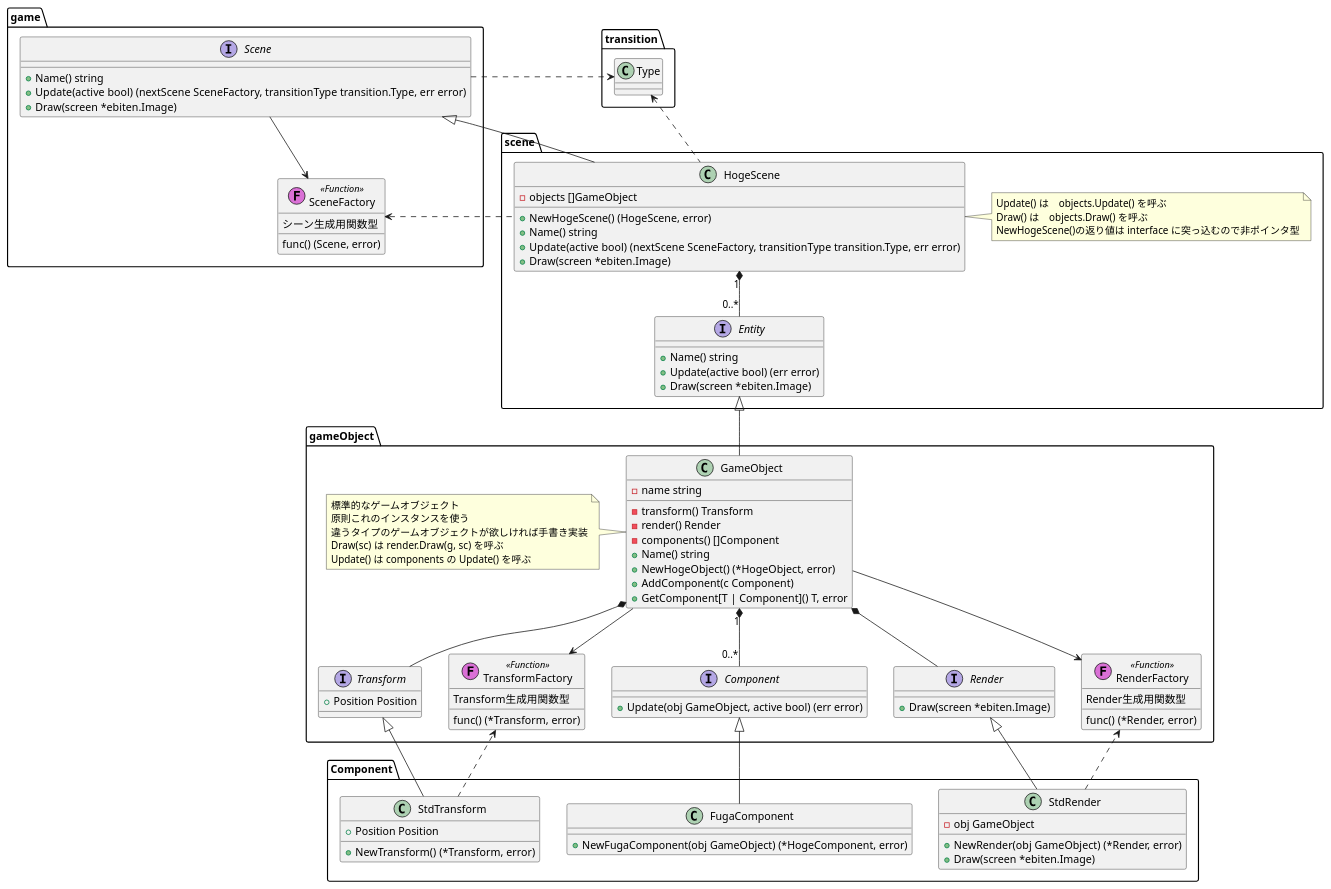
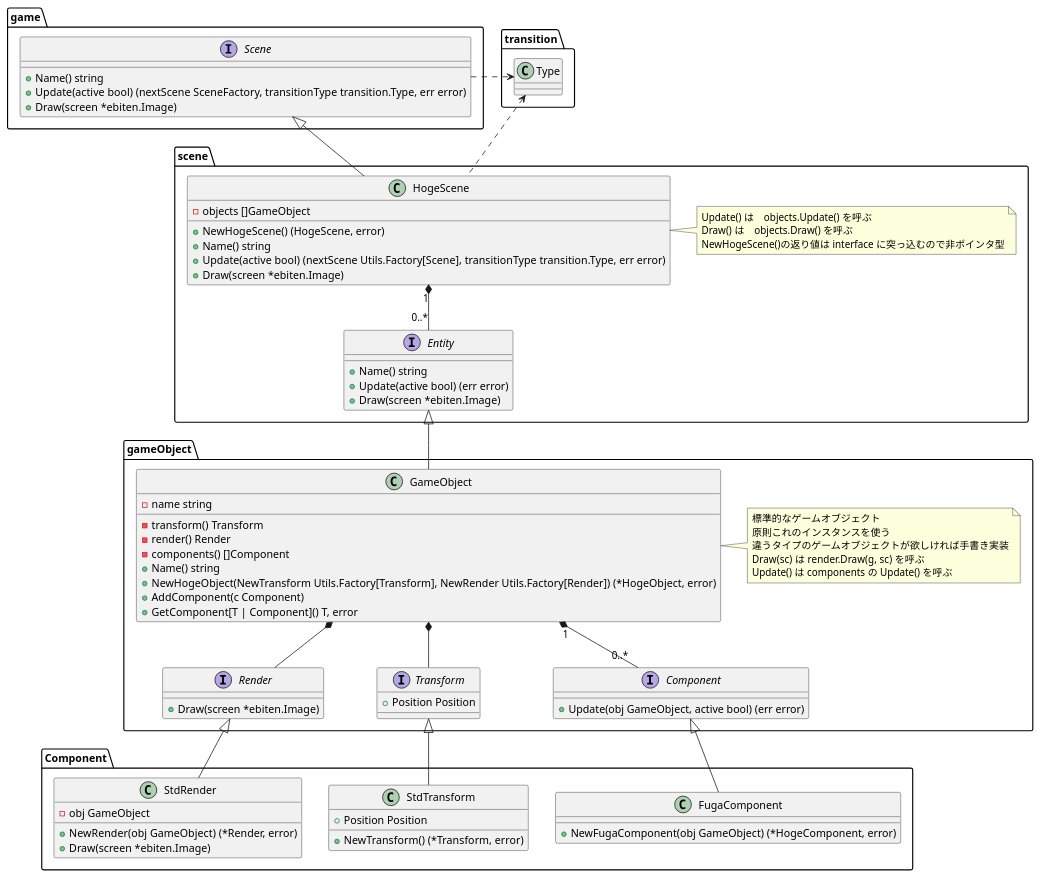
Before and after one commit to kmc-jp/Gamedev_Tempura-of-p--Phenylazo-phenol: the diagram in Docs/Scene_class_diagram.puml, drawn with PlantUML. The commit also changed 7 other files, not shown here.

First line of the commit message:
複数発生した Factory 系関数型を Utils にまとめた

```diff
--- a/Docs/Scene_class_diagram.puml
+++ b/Docs/Scene_class_diagram.puml
@@ -1,116 +1,94 @@
 @startuml Scene_class_diagram
 
 package transition {
     class Type{}
 }
 
 package game {
     interface Scene {
         + Name() string
         + Update(active bool) (nextScene SceneFactory, transitionType transition.Type, err error)
         + Draw(screen *ebiten.Image)
     }
 
-    class SceneFactory << (F,orchid) Function >> {
-        シーン生成用関数型
-        func() (Scene, error)
-    }
-
-    Scene --> SceneFactory
     Scene .right.> transition.Type
 }
 
 package scene {
     class HogeScene {
         - objects []GameObject
         + NewHogeScene() (HogeScene, error)
         + Name() string
-        + Update(active bool) (nextScene SceneFactory, transitionType transition.Type, err error)
+        + Update(active bool) (nextScene Utils.Factory[Scene], transitionType transition.Type, err error)
         + Draw(screen *ebiten.Image)
     }
     note right of HogeScene : Update() は　objects.Update() を呼ぶ\nDraw() は　objects.Draw() を呼ぶ\nNewHogeScene()の返り値は interface に突っ込むので非ポインタ型
 
     HogeScene -up-|> game.Scene
-    HogeScene ..left..> game.SceneFactory
     HogeScene .up.> transition.Type
 
 
     HogeScene "1" *-- "0..*" Entity
 
     interface Entity {
         + Name() string
         + Update(active bool) (err error)
         + Draw(screen *ebiten.Image)
     }
 }
 
 package gameObject {
     class GameObject {
         - name string
         - transform() Transform
         - render() Render
         - components() []Component
         + Name() string
-        + NewHogeObject() (*HogeObject, error)
+        + NewHogeObject(NewTransform Utils.Factory[Transform], NewRender Utils.Factory[Render]) (*HogeObject, error)
         + AddComponent(c Component)
         + GetComponent[T | Component]() T, error
     }
-    note left of GameObject : 標準的なゲームオブジェクト\n原則これのインスタンスを使う\n違うタイプのゲームオブジェクトが欲しければ手書き実装\nDraw(sc) は render.Draw(g, sc) を呼ぶ\nUpdate() は components の Update() を呼ぶ
+    note right of GameObject : 標準的なゲームオブジェクト\n原則これのインスタンスを使う\n違うタイプのゲームオブジェクトが欲しければ手書き実装\nDraw(sc) は render.Draw(g, sc) を呼ぶ\nUpdate() は components の Update() を呼ぶ
 
     GameObject -up-|> scene.Entity
     GameObject *-- Transform
-    GameObject --> TransformFactory
     GameObject *-- Render
-    GameObject --> RenderFactory
 
     GameObject "1" *-- "0..*" Component
 
     interface Transform {
         + Position Position
     }
 
-    class TransformFactory << (F,orchid) Function >> {
-        Transform生成用関数型
-        func() (*Transform, error)
-    }
-
-
     interface Render {
         + Draw(screen *ebiten.Image)
-    }
-
-    class RenderFactory << (F,orchid) Function >> {
-        Render生成用関数型
-        func() (*Render, error)
     }
 
     interface Component {
         + Update(obj GameObject, active bool) (err error)
     }
 }
 
 package Component {
     class FugaComponent {
         + NewFugaComponent(obj GameObject) (*HogeComponent, error)
     }
 
     FugaComponent -up-|> gameObject.Component
 
     class StdTransform {
         + Position Position
         + NewTransform() (*Transform, error)
     }
 
     StdTransform -up-|> gameObject.Transform
-    StdTransform ..> gameObject.TransformFactory
 
     class StdRender {
         - obj GameObject
         + NewRender(obj GameObject) (*Render, error)
         + Draw(screen *ebiten.Image)
     }
 
     StdRender -up-|> gameObject.Render
-    StdRender ..> gameObject.RenderFactory
 }
 @enduml
```
